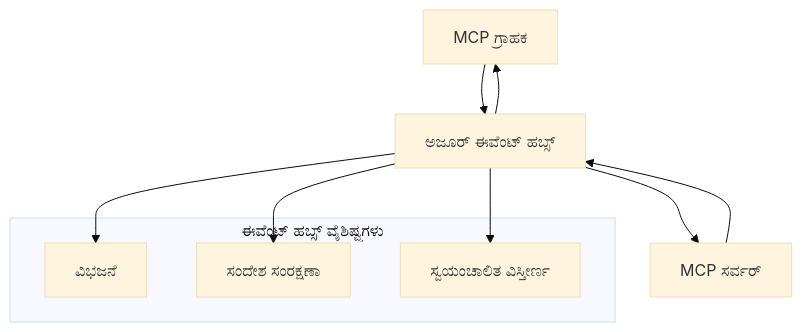
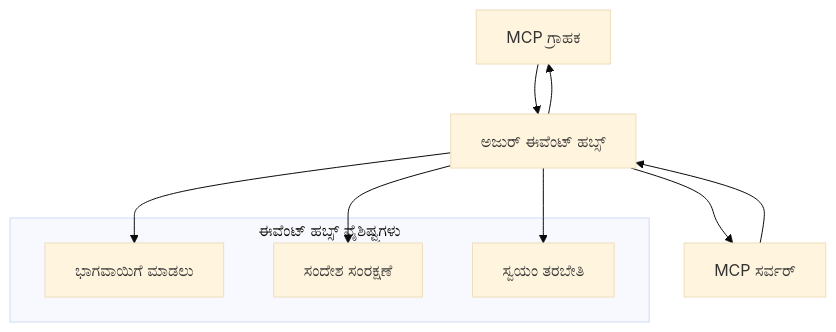
One commit to HIDORAKAI002/ai-workspace-archive changed the second of 2 diagrams in mcp_ecosystem__model_context_protocol/mcp_learning_resources/mcp-for-beginners/translations/kn/05-AdvancedTopics/mcp-transport/README.md. Above: the diagram before and after it, drawn with Mermaid (base theme). The commit also changed other lines of this file and 1046 other files, not shown here.

````diff
--- a/mcp_ecosystem__model_context_protocol/mcp_learning_resources/mcp-for-beginners/translations/kn/05-AdvancedTopics/mcp-transport/README.md
+++ b/mcp_ecosystem__model_context_protocol/mcp_learning_resources/mcp-for-beginners/translations/kn/05-AdvancedTopics/mcp-transport/README.md
@@ -270,17 +272,17 @@
 ```mermaid
 graph TB
-    Client[MCP ಗ್ರಾಹಕ] --> EH[ಅಜೂರ್ ಈವೆಂಟ್ ಹಬ್ಸ್]
+    Client[MCP ಗ್ರಾಹಕ] --> EH[ಅಜುರ್ ಈವೆಂಟ್ ಹಬ್ಸ್]
     EH --> Server[MCP ಸರ್ವರ್]
     Server --> EH
     EH --> Client
     
     subgraph "ಈವೆಂಟ್ ಹಬ್ಸ್ ವೈಶಿಷ್ಟ್ಯಗಳು"
-        Partition[ವಿಭಜನೆ]
-        Retention[ಸಂದೇಶ ಸಂರಕ್ಷಣಾ]
-        Scaling[ಸ್ವಯಂಚಾಲಿತ ವಿಸ್ತೀರ್ಣ]
+        Partition[ಭಾಗವಾಯಿಗೆ ಮಾಡಲು]
+        Retention[ಸಂದೇಶ ಸಂರಕ್ಷಣೆ]
+        Scaling[ಸ್ವಯಂ ತರಬೇತಿ]
     end
     
     EH --> Partition
     EH --> Retention
     EH --> Scaling
 ```
````
